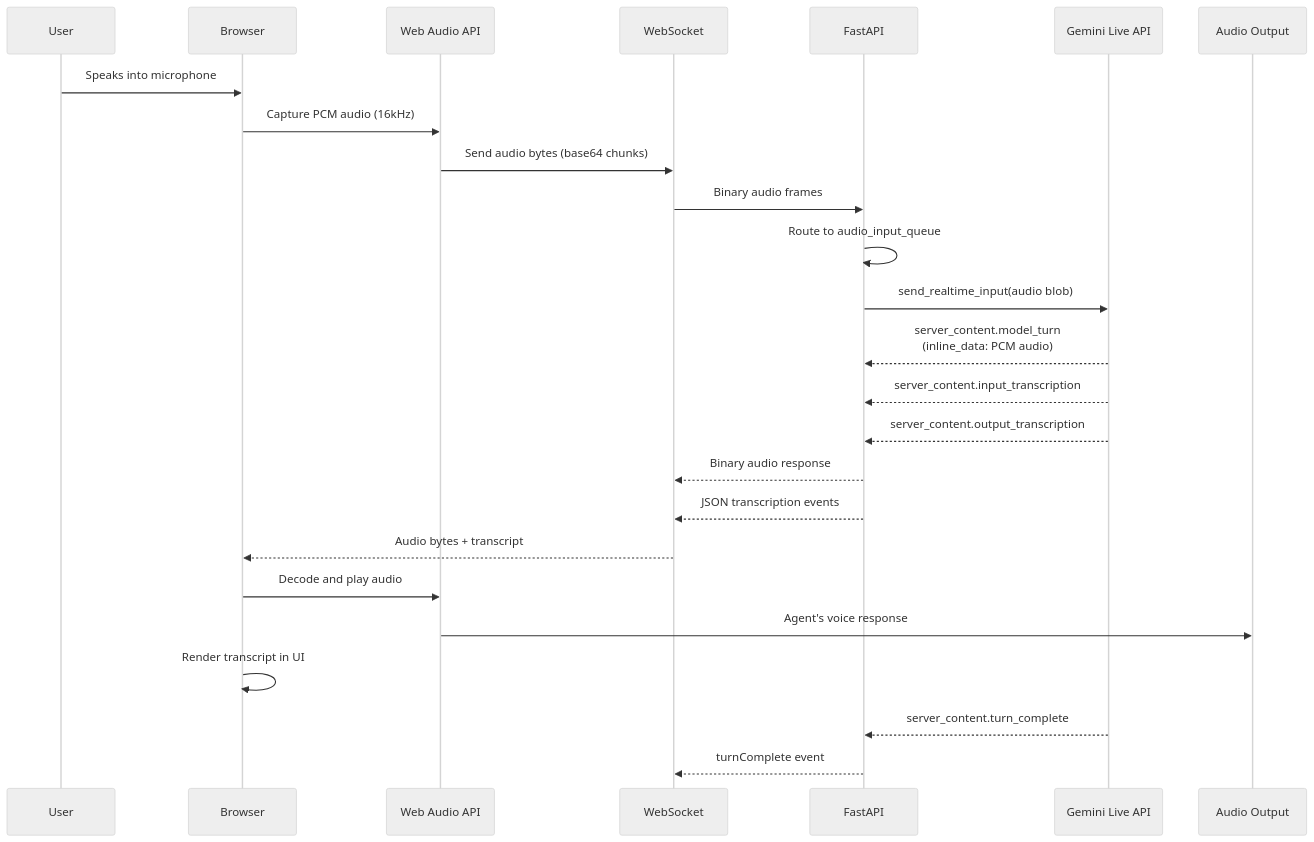
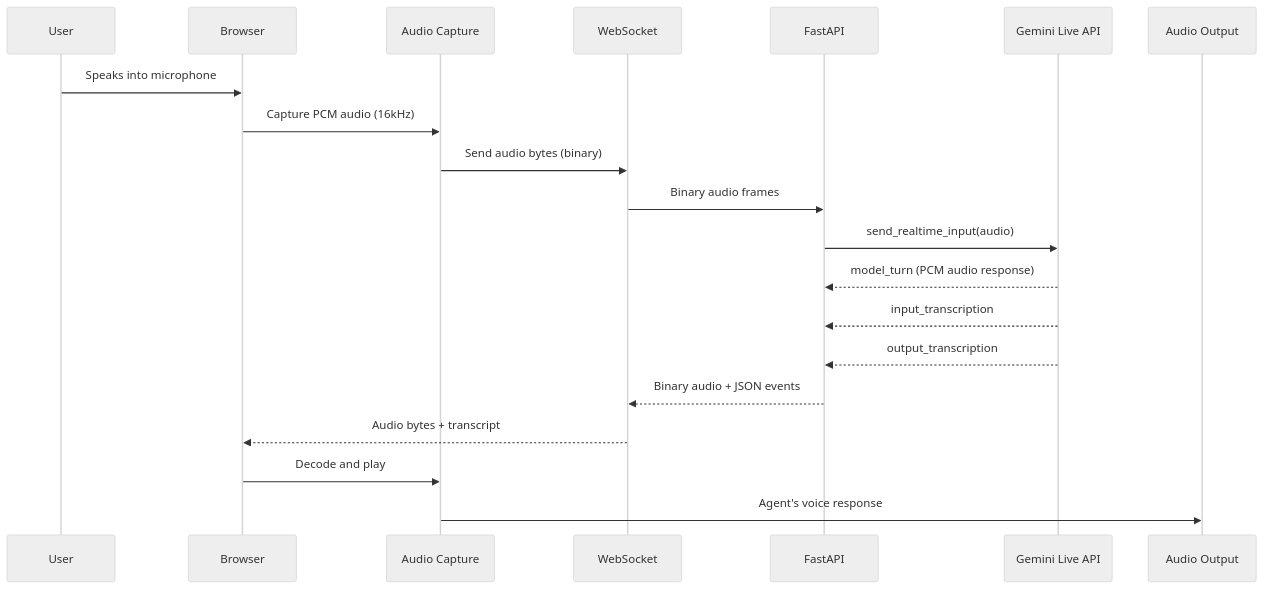
One commit to vigneshbarani24/resolve-vigil changed the sixth of 10 diagrams in docs/architecture-diagrams.md. Above: the diagram before and after it, drawn with Mermaid (neutral theme). The commit also changed other lines of this file and 19 other files, not shown here.

````diff
--- a/docs/architecture-diagrams.md
+++ b/docs/architecture-diagrams.md
@@ -96,34 +336,26 @@
 ```mermaid
 sequenceDiagram
     participant User
     participant Browser
-    participant WebAudio as Web Audio API
+    participant WebAudio as Audio Capture
     participant WS as WebSocket
     participant FastAPI
     participant GeminiLive as Gemini Live API
     participant Speaker as Audio Output
 
     User->>Browser: Speaks into microphone
     Browser->>WebAudio: Capture PCM audio (16kHz)
-    WebAudio->>WS: Send audio bytes (base64 chunks)
+    WebAudio->>WS: Send audio bytes (binary)
 
     WS->>FastAPI: Binary audio frames
-    FastAPI->>FastAPI: Route to audio_input_queue
+    FastAPI->>GeminiLive: send_realtime_input(audio)
 
-    FastAPI->>GeminiLive: send_realtime_input(audio blob)
+    GeminiLive-->>FastAPI: model_turn (PCM audio response)
+    GeminiLive-->>FastAPI: input_transcription
+    GeminiLive-->>FastAPI: output_transcription
 
-    GeminiLive-->>FastAPI: server_content.model_turn<br/>(inline_data: PCM audio)
-    GeminiLive-->>FastAPI: server_content.input_transcription
-    GeminiLive-->>FastAPI: server_content.output_transcription
-
-    FastAPI-->>WS: Binary audio response
-    FastAPI-->>WS: JSON transcription events
-
+    FastAPI-->>WS: Binary audio + JSON events
     WS-->>Browser: Audio bytes + transcript
-    Browser->>WebAudio: Decode and play audio
+    Browser->>WebAudio: Decode and play
     WebAudio->>Speaker: Agent's voice response
-    Browser->>Browser: Render transcript in UI
-
-    GeminiLive-->>FastAPI: server_content.turn_complete
-    FastAPI-->>WS: turnComplete event
 ```
````
